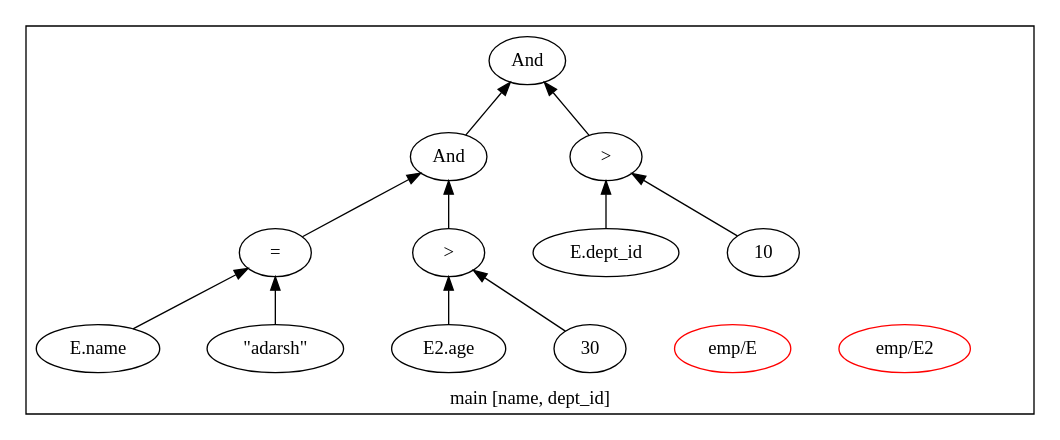
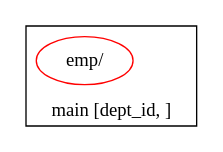
The diagram in qgm.dot (adarshpannu/kona), drawn with Graphviz before and after one commit. The commit also changed 8 other files, not shown here.

```diff
--- a/qgm.dot
+++ b/qgm.dot
@@ -1,32 +1,10 @@
 digraph example1 {
     rankdir=BT;
     nodesep=0.5;
     ordering="in";
   subgraph cluster_main {
-    label = "main [name, dept_id]";
+    label = "main [dept_id, ]";
     "main_pt"[shape=point, color=white];
-    "QUN_1"[label="emp/E2 ", color=red]
-    "QUN_0"[label="emp/E ", color=red]
-    exprnodeNodeId13v1[label="And"];
-    exprnodeNodeId9v1 -> exprnodeNodeId13v1;
-    exprnodeNodeId9v1[label="And"];
-    exprnodeNodeId5v1 -> exprnodeNodeId9v1;
-    exprnodeNodeId5v1[label="="];
-    exprnodeNodeId3v1 -> exprnodeNodeId5v1;
-    exprnodeNodeId3v1[label="E.name"];
-    exprnodeNodeId4v1 -> exprnodeNodeId5v1;
-    exprnodeNodeId4v1[label="\"adarsh\""];
-    exprnodeNodeId8v1 -> exprnodeNodeId9v1;
-    exprnodeNodeId8v1[label=">"];
-    exprnodeNodeId6v1 -> exprnodeNodeId8v1;
-    exprnodeNodeId6v1[label="E2.age"];
-    exprnodeNodeId7v1 -> exprnodeNodeId8v1;
-    exprnodeNodeId7v1[label="30"];
-    exprnodeNodeId12v1 -> exprnodeNodeId13v1;
-    exprnodeNodeId12v1[label=">"];
-    exprnodeNodeId10v1 -> exprnodeNodeId12v1;
-    exprnodeNodeId10v1[label="E.dept_id"];
-    exprnodeNodeId11v1 -> exprnodeNodeId12v1;
-    exprnodeNodeId11v1[label="10"];
+    "QUN_0"[label="emp/ ", color=red]
 }
 }
```
